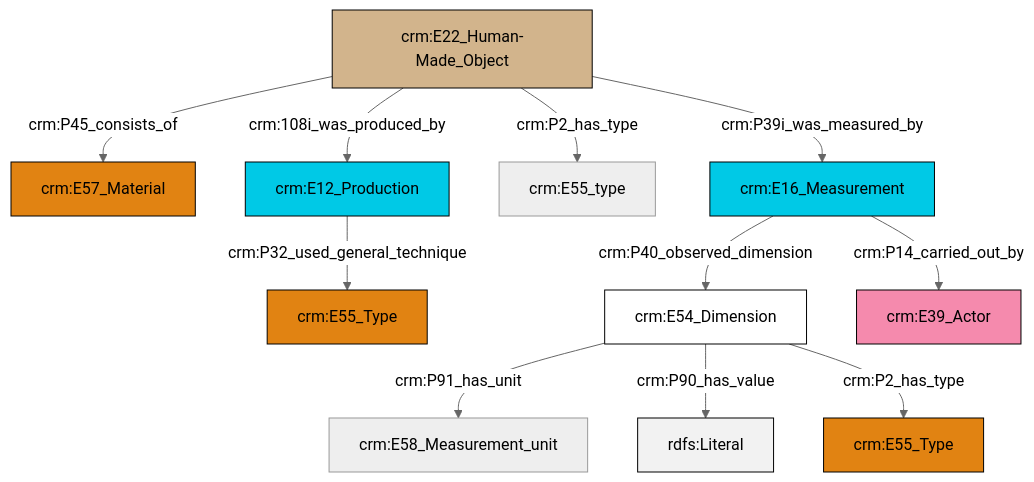
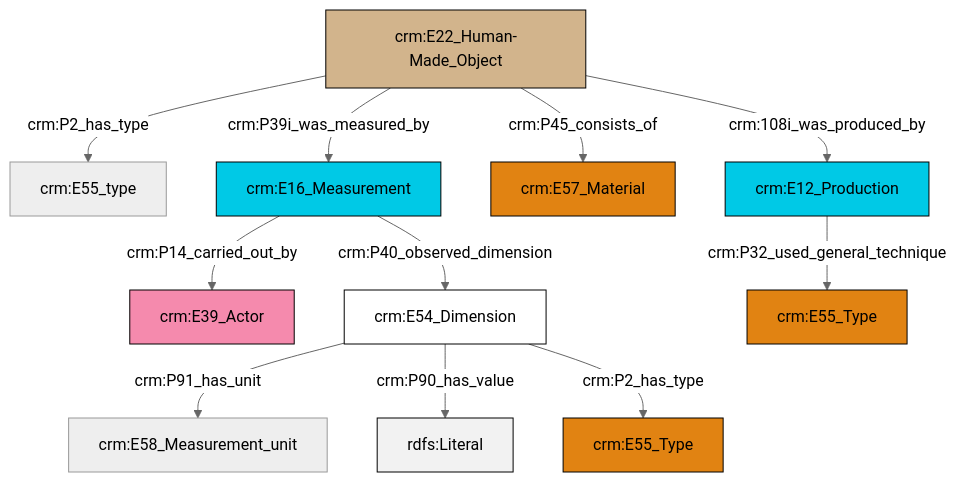
One commit to ncarboni/srdm changed the diagram in et/artworkCSV/ttl/mmd/Artwork_substance.ttl.mmd. Above: the diagram before and after it, drawn with Mermaid (neutral theme). The commit also changed 127 other files, not shown here.

```diff
--- a/et/artworkCSV/ttl/mmd/Artwork_substance.ttl.mmd
+++ b/et/artworkCSV/ttl/mmd/Artwork_substance.ttl.mmd
@@ -1,25 +1,25 @@
 graph TD
 classDef Literal fill:#f2f2f2,stroke:#000000;
 classDef CRM_Entity fill:#FFFFFF,stroke:#000000;
 classDef Temporal_Entity fill:#00C9E6, stroke:#000000;
 classDef Type fill:#E18312, stroke:#000000;
 classDef Time-Span fill:#2C9C91, stroke:#000000;
 classDef Appellation fill:#FFEB7F, stroke:#000000;
 classDef Place fill:#008836, stroke:#000000;
 classDef Persistent_Item fill:#B266B2, stroke:#000000;
 classDef Conceptual_Object fill:#FFD700, stroke:#000000;
 classDef Physical_Thing fill:#D2B48C, stroke:#000000;
 classDef Actor fill:#f58aad, stroke:#000000;
 classDef PC_Classes fill:#4ce600, stroke:#000000;
 classDef Multi fill:#cccccc,stroke:#000000;
 
-0["crm:E22_Human-Made_Object"]:::Physical_Thing -->|crm:P45_consists_of| 1["crm:E57_Material"]:::Type
-0["crm:E22_Human-Made_Object"]:::Physical_Thing -->|crm:108i_was_produced_by| 2["crm:E12_Production"]:::Temporal_Entity
-3["crm:E54_Dimension"]:::CRM_Entity -->|crm:P91_has_unit| 4["crm:E58_Measurement_unit"]:::Default
-2["crm:E12_Production"]:::Temporal_Entity -->|crm:P32_used_general_technique| 6["crm:E55_Type"]:::Type
-7["crm:E16_Measurement"]:::Temporal_Entity -->|crm:P40_observed_dimension| 3["crm:E54_Dimension"]:::CRM_Entity
-0["crm:E22_Human-Made_Object"]:::Physical_Thing -->|crm:P2_has_type| 8["crm:E55_type"]:::Default
-3["crm:E54_Dimension"]:::CRM_Entity -->|crm:P90_has_value| 9[rdfs:Literal]:::Literal
-7["crm:E16_Measurement"]:::Temporal_Entity -->|crm:P14_carried_out_by| 11["crm:E39_Actor"]:::Actor
-0["crm:E22_Human-Made_Object"]:::Physical_Thing -->|crm:P39i_was_measured_by| 7["crm:E16_Measurement"]:::Temporal_Entity
-3["crm:E54_Dimension"]:::CRM_Entity -->|crm:P2_has_type| 12["crm:E55_Type"]:::Type
+4["crm:E16_Measurement"]:::Temporal_Entity -->|crm:P14_carried_out_by| 5["crm:E39_Actor"]:::Actor
+8["crm:E54_Dimension"]:::CRM_Entity -->|crm:P91_has_unit| 10["crm:E58_Measurement_unit"]:::Default
+2["crm:E22_Human-Made_Object"]:::Physical_Thing -->|crm:P39i_was_measured_by| 4["crm:E16_Measurement"]:::Temporal_Entity
+15["crm:E12_Production"]:::Temporal_Entity -->|crm:P32_used_general_technique| 16["crm:E55_Type"]:::Type
+8["crm:E54_Dimension"]:::CRM_Entity -->|crm:P90_has_value| 17[rdfs:Literal]:::Literal
+2["crm:E22_Human-Made_Object"]:::Physical_Thing -->|crm:108i_was_produced_by| 15["crm:E12_Production"]:::Temporal_Entity
+2["crm:E22_Human-Made_Object"]:::Physical_Thing -->|crm:P2_has_type| 0["crm:E55_type"]:::Default
+2["crm:E22_Human-Made_Object"]:::Physical_Thing -->|crm:P45_consists_of| 6["crm:E57_Material"]:::Type
+8["crm:E54_Dimension"]:::CRM_Entity -->|crm:P2_has_type| 13["crm:E55_Type"]:::Type
+4["crm:E16_Measurement"]:::Temporal_Entity -->|crm:P40_observed_dimension| 8["crm:E54_Dimension"]:::CRM_Entity
```
